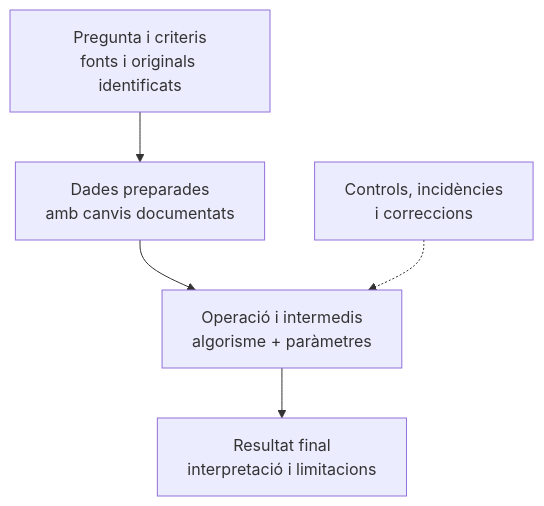
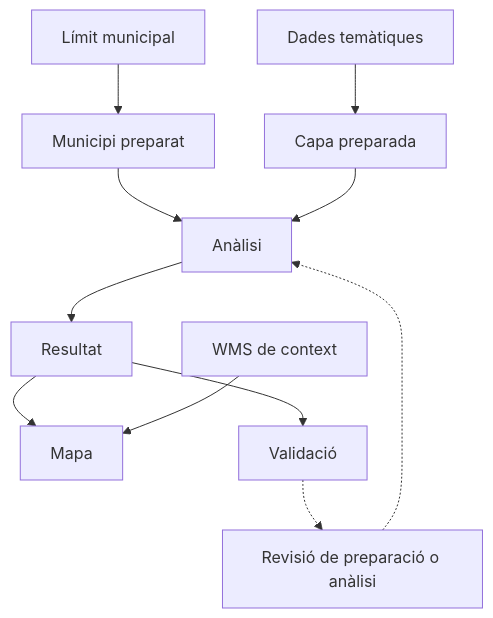
One commit to geourv/tig changed the diagram in assets/diagrams/ca/02-sintesi-documentacio/project-data-lineage.mmd. Above: the diagram before and after it, drawn with Mermaid. The commit also changed 123 other files, not shown here.

```diff
--- a/assets/diagrams/ca/02-sintesi-documentacio/project-data-lineage.mmd
+++ b/assets/diagrams/ca/02-sintesi-documentacio/project-data-lineage.mmd
@@ -1,5 +1,11 @@
 flowchart TB
-  basis["Pregunta i criteris<br/>fonts i originals identificats"] --> prepared["Dades preparades<br/>amb canvis documentats"]
-  prepared --> process["Operació i intermedis<br/>algorisme + paràmetres"]
-  process --> result["Resultat final<br/>interpretació i limitacions"]
-  controls["Controls, incidències<br/>i correccions"] -.-> process
+  boundary["Límit municipal"] --> municipal["Municipi preparat"]
+  thematic["Dades temàtiques"] --> prepared["Capa preparada"]
+  municipal --> analysis["Anàlisi"]
+  prepared --> analysis
+  analysis --> result["Resultat"]
+  result --> map["Mapa"]
+  wms["WMS de context"] --> map
+  result --> validation["Validació"]
+  validation -.-> review["Revisió de preparació o anàlisi"]
+  review -.-> analysis
```
